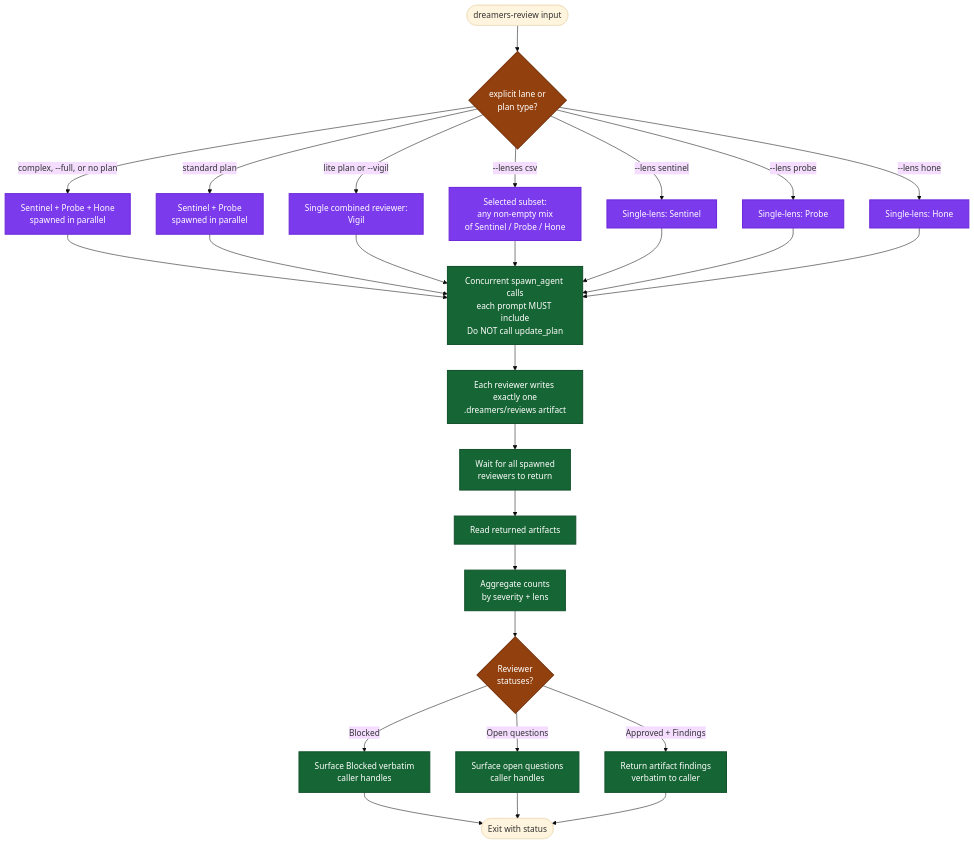
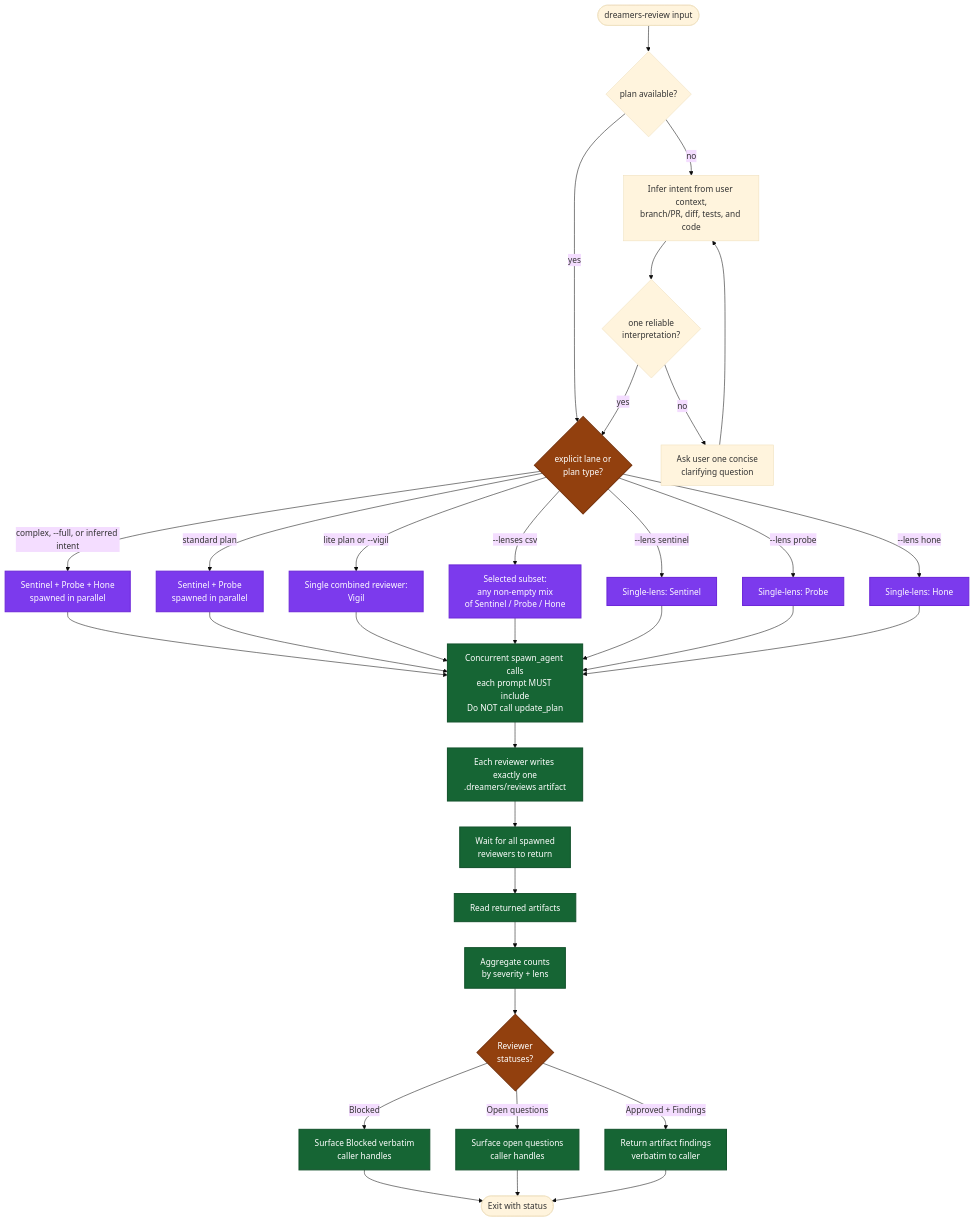
Before and after one commit to mrStorrs/dreamers-codex: the diagram in skills/dreamers-review/readme.md, drawn with Mermaid (base theme). The commit also changed other lines of this file and 10 other files, not shown here.

Commit message:
fix: review without a plan (#34)

````diff
--- a/skills/dreamers-review/readme.md
+++ b/skills/dreamers-review/readme.md
@@ -5,42 +5,48 @@
 ```mermaid
 flowchart TD
-    Start(["dreamers-review input"]) --> ModeCheck{"explicit lane or<br/>plan type?"}
+    Start(["dreamers-review input"]) --> Basis{"plan available?"}
+    Basis -->|yes| ModeCheck{"explicit lane or<br/>plan type?"}
+    Basis -->|no| Infer["Infer intent from user context,<br/>branch/PR, diff, tests, and code"]
+    Infer --> Clear{"one reliable<br/>interpretation?"}
+    Clear -->|no| Ask["Ask user one concise<br/>clarifying question"]
+    Ask --> Infer
+    Clear -->|yes| ModeCheck
 
     ModeCheck -->|lite plan or --vigil| Vigil["Single combined reviewer:<br/>Vigil"]
     ModeCheck -->|standard plan| Standard["Sentinel + Probe<br/>spawned in parallel"]
-    ModeCheck -->|complex, --full, or no plan| Triad["Sentinel + Probe + Hone<br/>spawned in parallel"]
+    ModeCheck -->|complex, --full, or inferred intent| Triad["Sentinel + Probe + Hone<br/>spawned in parallel"]
     ModeCheck -->|--lenses csv| Selected["Selected subset:<br/>any non-empty mix<br/>of Sentinel / Probe / Hone"]
     ModeCheck -->|--lens sentinel| LensS["Single-lens: Sentinel"]
     ModeCheck -->|--lens probe| LensP["Single-lens: Probe"]
     ModeCheck -->|--lens hone| LensH["Single-lens: Hone"]
 
     Triad --> Spawn["Concurrent spawn_agent calls<br/>each prompt MUST include<br/>Do NOT call update_plan"]
     Standard --> Spawn
     Vigil --> Spawn
     Selected --> Spawn
     LensS --> Spawn
     LensP --> Spawn
     LensH --> Spawn
 
     Spawn --> WriteArtifact["Each reviewer writes exactly one<br/>.dreamers/reviews artifact"]
     WriteArtifact --> Wait["Wait for all spawned<br/>reviewers to return"]
     Wait --> Collect["Read returned artifacts"]
     Collect --> Aggregate["Aggregate counts<br/>by severity + lens"]
     Aggregate --> CheckStatus{"Reviewer<br/>statuses?"}
 
     CheckStatus -->|Blocked| Surface1["Surface Blocked verbatim<br/>caller handles"]
     CheckStatus -->|Open questions| Surface2["Surface open questions<br/>caller handles"]
     CheckStatus -->|Approved + Findings| Report["Return artifact findings<br/>verbatim to caller"]
 
     Surface1 --> End(["Exit with status"])
     Surface2 --> End
     Report --> End
 
     classDef gate fill:#92400e,stroke:#78350f,stroke-width:2px,color:#fff
     classDef phase fill:#166534,stroke:#14532d,stroke-width:2px,color:#fff
     classDef agent fill:#7c3aed,stroke:#6d28d9,stroke-width:2px,color:#fff
 
     class ModeCheck,CheckStatus gate
     class Triad,Standard,Vigil,Selected,LensS,LensP,LensH agent
     class Spawn,WriteArtifact,Wait,Collect,Aggregate,Surface1,Surface2,Report phase
 ```
````
